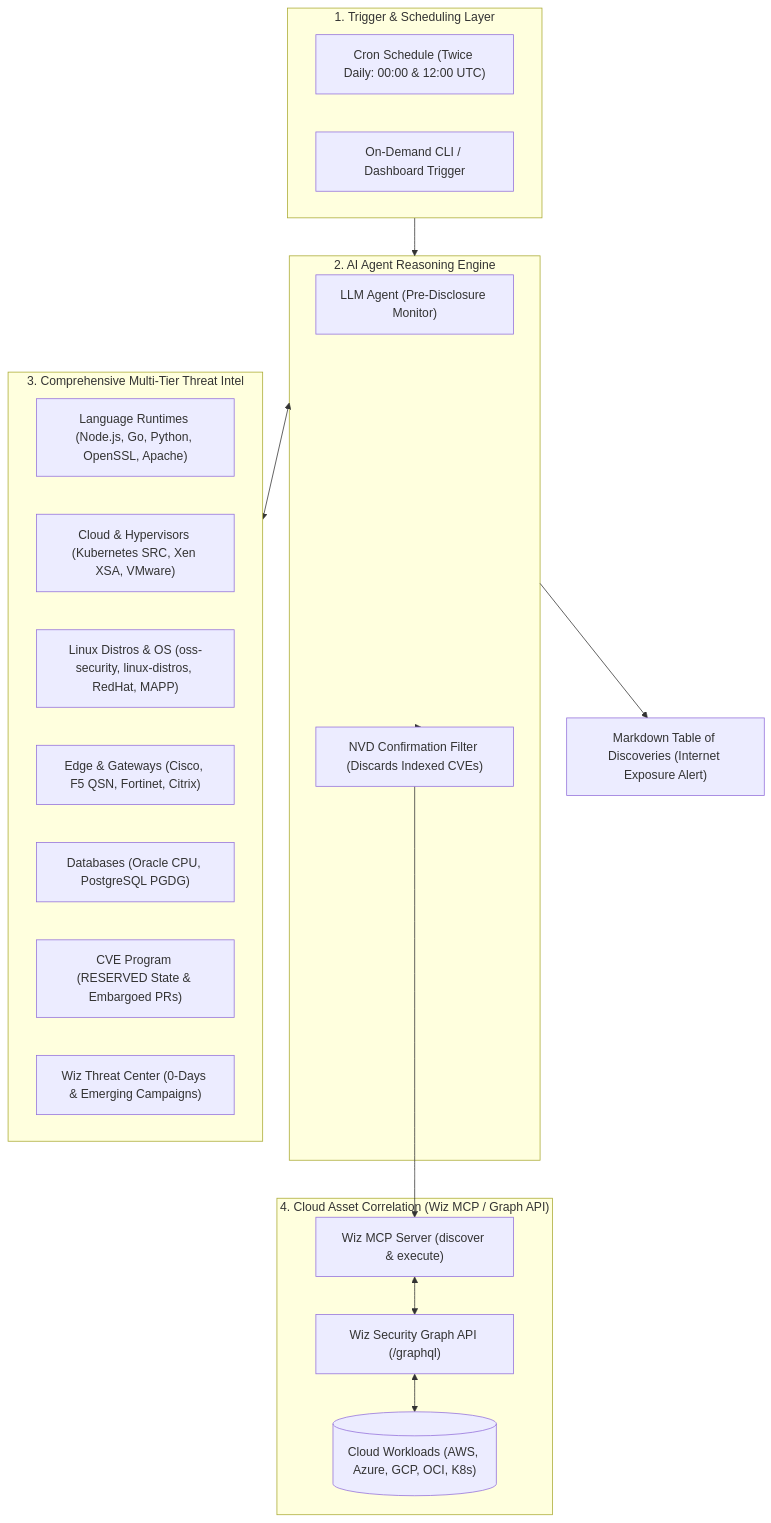
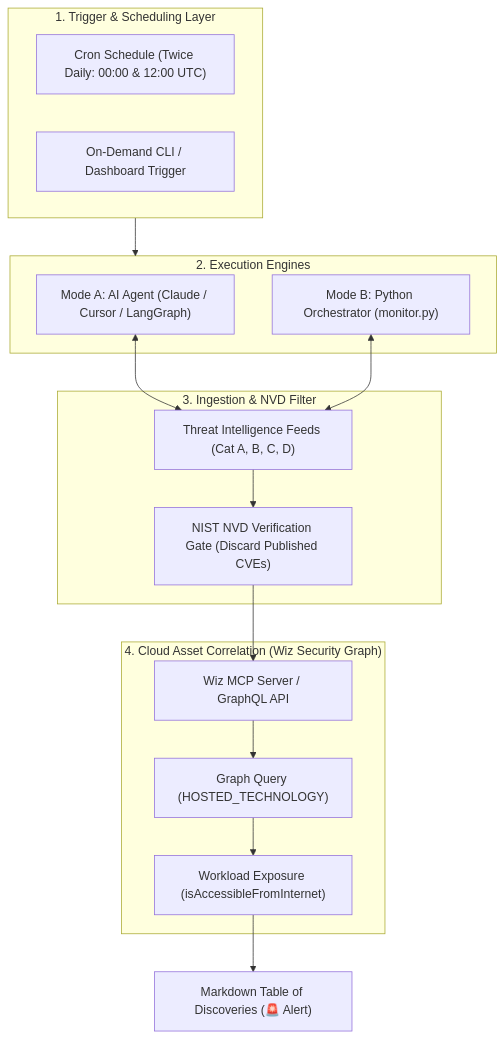
One commit to kevorkia/Pre-Disclosure-Monitor changed the second of 2 diagrams in README.md. Above: the diagram before and after it, drawn with Mermaid. The commit also changed other lines of this file, not shown here.

Commit message:
docs: restructure README with Category C deep dive and execution loop summaries for agent and python versions

````diff
--- a/README.md
+++ b/README.md
@@ -126,36 +128,32 @@
 ```mermaid
 flowchart TD
     subgraph TriggerLayer["1. Trigger & Scheduling Layer"]
         Cron["Cron Schedule (Twice Daily: 00:00 & 12:00 UTC)"]
         OnDemand["On-Demand CLI / Dashboard Trigger"]
     end
 
-    subgraph AgentRuntime["2. AI Agent Reasoning Engine"]
-        Planner["LLM Agent (Pre-Disclosure Monitor)"]
-        Filter["NVD Confirmation Filter (Discards Indexed CVEs)"]
+    subgraph ExecutionModes["2. Execution Engines"]
+        AgentEngine["Mode A: AI Agent (Claude / Cursor / LangGraph)"]
+        PythonEngine["Mode B: Python Orchestrator (monitor.py)"]
     end
 
-    subgraph ThreatIntel["3. Comprehensive Multi-Tier Threat Intel"]
-        Runtimes["Language Runtimes (Node.js, Go, Python, OpenSSL, Apache)"]
-        CloudInfra["Cloud & Hypervisors (Kubernetes SRC, Xen XSA, VMware)"]
-        OSDistros["Linux Distros & OS (oss-security, linux-distros, RedHat, MAPP)"]
-        EdgeGateways["Edge & Gateways (Cisco, F5 QSN, Fortinet, Citrix)"]
-        Databases["Databases (Oracle CPU, PostgreSQL PGDG)"]
-        CVEReserved["CVE Program (RESERVED State & Embargoed PRs)"]
-        WizThreat["Wiz Threat Center (0-Days & Emerging Campaigns)"]
+    subgraph IngestionVerification["3. Ingestion & NVD Filter"]
+        ThreatFeeds["Threat Intelligence Feeds (Cat A, B, C, D)"]
+        NVDFilter["NIST NVD Verification Gate (Discard Published CVEs)"]
     end
 
-    subgraph WizIntegration["4. Cloud Asset Correlation (Wiz MCP / Graph API)"]
-        WizMCP["Wiz MCP Server (discover & execute)"]
-        WizGraph["Wiz Security Graph API (/graphql)"]
-        TenantAssets[("Cloud Workloads (AWS, Azure, GCP, OCI, K8s)")]
+    subgraph CloudCorrelation["4. Cloud Asset Correlation (Wiz Security Graph)"]
+        WizMCP["Wiz MCP Server / GraphQL API"]
+        GraphSearch["Graph Query (HOSTED_TECHNOLOGY)"]
+        WorkloadCheck["Workload Exposure (isAccessibleFromInternet)"]
     end
 
-    TriggerLayer --> AgentRuntime
-    AgentRuntime <--> ThreatIntel
-    AgentRuntime --> Filter
-    Filter --> WizMCP
-    WizMCP <--> WizGraph
-    WizGraph <--> TenantAssets
-    AgentRuntime --> Report["Markdown Table of Discoveries (Internet Exposure Alert)"]
+    TriggerLayer --> ExecutionModes
+    AgentEngine <--> ThreatFeeds
+    PythonEngine <--> ThreatFeeds
+    ThreatFeeds --> NVDFilter
+    NVDFilter --> WizMCP
+    WizMCP --> GraphSearch
+    GraphSearch --> WorkloadCheck
+    WorkloadCheck --> Report["Markdown Table of Discoveries (🚨 Alert)"]
 ```
````
